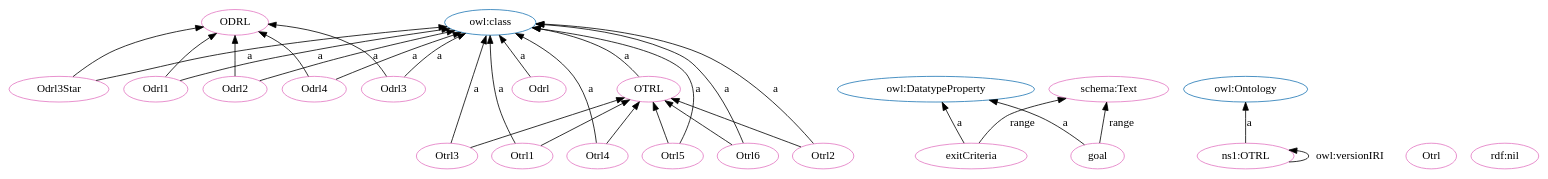
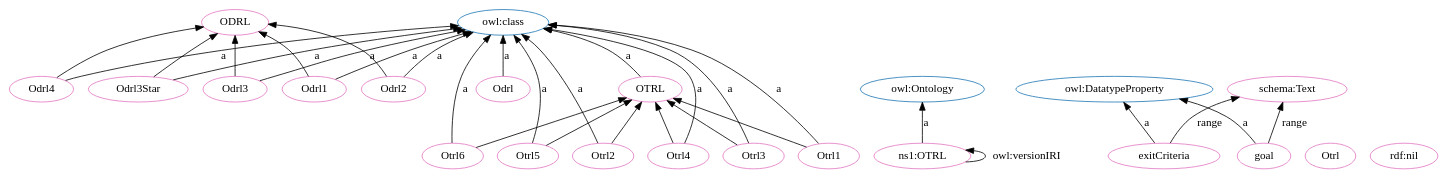
The diagram in OTRL.dot (OPEN-NEXT/OKH-LOSH), drawn with Graphviz before and after one commit. The commit also changed other lines of this file and 16 other files, not shown here.

```diff
--- a/OTRL.dot
+++ b/OTRL.dot
@@ -1,59 +1,59 @@
 digraph G {
   rankdir=BT
   node[height=.3]
+"http://purl.org/oseg/ontologies/OTRL#ODRL" [fillcolor="#1f77b4" color="#1f77b4" label="ODRL"]
 "http://purl.org/oseg/ontologies/OTRL#OTRL" [fillcolor="#1f77b4" color="#1f77b4" label="OTRL"]
-"http://purl.org/oseg/ontologies/OTRL#ODRL" [fillcolor="#1f77b4" color="#1f77b4" label="ODRL"]
-"http://www.w3.org/2002/07/owl#DatatypeProperty" [fillcolor="#1f77b4" color="#1f77b4" label="owl:DatatypeProperty"]
 "http://www.w3.org/2002/07/owl#class" [fillcolor="#1f77b4" color="#1f77b4" label="owl:class"]
 "http://www.w3.org/2002/07/owl#Ontology" [fillcolor="#1f77b4" color="#1f77b4" label="owl:Ontology"]
+"http://www.w3.org/2002/07/owl#DatatypeProperty" [fillcolor="#1f77b4" color="#1f77b4" label="owl:DatatypeProperty"]
+"http://purl.org/oseg/ontologies/OTRL#OTRL" [fillcolor="#e377c2" color="#e377c2" label="OTRL"]
 "http://purl.org/oseg/ontologies/OTRL#ODRL" [fillcolor="#e377c2" color="#e377c2" label="ODRL"]
 "http://purl.org/oseg/ontologies/OTRL#Odrl" [fillcolor="#e377c2" color="#e377c2" label="Odrl"]
-"http://purl.org/oseg/ontologies/OTRL#OTRL" [fillcolor="#e377c2" color="#e377c2" label="OTRL"]
-"http://purl.org/oseg/ontologies/OTRL#Otrl3" [fillcolor="#e377c2" color="#e377c2" label="Otrl3"]
-"http://purl.org/oseg/ontologies/OTRL#exitCriteria" [fillcolor="#e377c2" color="#e377c2" label="exitCriteria"]
 "http://purl.org/oseg/ontologies/OTRL#Otrl" [fillcolor="#e377c2" color="#e377c2" label="Otrl"]
 "http://purl.org/oseg/ontologies/OTRL" [fillcolor="#e377c2" color="#e377c2" label="ns1:OTRL"]
+"http://purl.org/oseg/ontologies/OTRL#Odrl4" [fillcolor="#e377c2" color="#e377c2" label="Odrl4"]
+"http://purl.org/oseg/ontologies/OTRL#Otrl6" [fillcolor="#e377c2" color="#e377c2" label="Otrl6"]
+"http://schema.org/Text" [fillcolor="#e377c2" color="#e377c2" label="schema:Text"]
+"http://purl.org/oseg/ontologies/OTRL#exitCriteria" [fillcolor="#e377c2" color="#e377c2" label="exitCriteria"]
+"http://purl.org/oseg/ontologies/OTRL#Otrl5" [fillcolor="#e377c2" color="#e377c2" label="Otrl5"]
+"http://purl.org/oseg/ontologies/OTRL#Odrl3Star" [fillcolor="#e377c2" color="#e377c2" label="Odrl3Star"]
+"http://purl.org/oseg/ontologies/OTRL#Otrl2" [fillcolor="#e377c2" color="#e377c2" label="Otrl2"]
+"http://www.w3.org/1999/02/22-rdf-syntax-ns#nil" [fillcolor="#e377c2" color="#e377c2" label="rdf:nil"]
+"http://purl.org/oseg/ontologies/OTRL#Otrl4" [fillcolor="#e377c2" color="#e377c2" label="Otrl4"]
+"http://purl.org/oseg/ontologies/OTRL#Odrl3" [fillcolor="#e377c2" color="#e377c2" label="Odrl3"]
+"http://purl.org/oseg/ontologies/OTRL#goal" [fillcolor="#e377c2" color="#e377c2" label="goal"]
 "http://purl.org/oseg/ontologies/OTRL#Odrl1" [fillcolor="#e377c2" color="#e377c2" label="Odrl1"]
-"http://schema.org/Text" [fillcolor="#e377c2" color="#e377c2" label="schema:Text"]
+"http://purl.org/oseg/ontologies/OTRL#Otrl3" [fillcolor="#e377c2" color="#e377c2" label="Otrl3"]
+"http://purl.org/oseg/ontologies/OTRL#Otrl1" [fillcolor="#e377c2" color="#e377c2" label="Otrl1"]
 "http://purl.org/oseg/ontologies/OTRL#Odrl2" [fillcolor="#e377c2" color="#e377c2" label="Odrl2"]
-"http://purl.org/oseg/ontologies/OTRL#Otrl1" [fillcolor="#e377c2" color="#e377c2" label="Otrl1"]
-"http://purl.org/oseg/ontologies/OTRL#Otrl6" [fillcolor="#e377c2" color="#e377c2" label="Otrl6"]
-"http://purl.org/oseg/ontologies/OTRL#Otrl5" [fillcolor="#e377c2" color="#e377c2" label="Otrl5"]
-"http://purl.org/oseg/ontologies/OTRL#Otrl2" [fillcolor="#e377c2" color="#e377c2" label="Otrl2"]
-"http://purl.org/oseg/ontologies/OTRL#goal" [fillcolor="#e377c2" color="#e377c2" label="goal"]
-"http://www.w3.org/1999/02/22-rdf-syntax-ns#nil" [fillcolor="#e377c2" color="#e377c2" label="rdf:nil"]
-"http://purl.org/oseg/ontologies/OTRL#Odrl4" [fillcolor="#e377c2" color="#e377c2" label="Odrl4"]
-"http://purl.org/oseg/ontologies/OTRL#Otrl4" [fillcolor="#e377c2" color="#e377c2" label="Otrl4"]
-"http://purl.org/oseg/ontologies/OTRL#Odrl3Star" [fillcolor="#e377c2" color="#e377c2" label="Odrl3Star"]
-"http://purl.org/oseg/ontologies/OTRL#Odrl3" [fillcolor="#e377c2" color="#e377c2" label="Odrl3"]
-  "http://purl.org/oseg/ontologies/OTRL#Otrl3" -> "http://www.w3.org/2002/07/owl#class" [label="a"]
+  "http://purl.org/oseg/ontologies/OTRL#Odrl3Star" -> "http://purl.org/oseg/ontologies/OTRL#ODRL" [label=""]
+  "http://purl.org/oseg/ontologies/OTRL#Odrl" -> "http://www.w3.org/2002/07/owl#class" [label="a"]
+  "http://purl.org/oseg/ontologies/OTRL" -> "http://www.w3.org/2002/07/owl#Ontology" [label="a"]
+  "http://purl.org/oseg/ontologies/OTRL#Otrl6" -> "http://www.w3.org/2002/07/owl#class" [label="a"]
   "http://purl.org/oseg/ontologies/OTRL#Otrl5" -> "http://purl.org/oseg/ontologies/OTRL#OTRL" [label=""]
+  "http://purl.org/oseg/ontologies/OTRL#goal" -> "http://www.w3.org/2002/07/owl#DatatypeProperty" [label="a"]
   "http://purl.org/oseg/ontologies/OTRL#goal" -> "http://schema.org/Text" [label="range"]
   "http://purl.org/oseg/ontologies/OTRL#Odrl2" -> "http://www.w3.org/2002/07/owl#class" [label="a"]
+  "http://purl.org/oseg/ontologies/OTRL#Otrl1" -> "http://purl.org/oseg/ontologies/OTRL#OTRL" [label=""]
+  "http://purl.org/oseg/ontologies/OTRL" -> "http://purl.org/oseg/ontologies/OTRL" [label="owl:versionIRI"]
+  "http://purl.org/oseg/ontologies/OTRL#Otrl2" -> "http://purl.org/oseg/ontologies/OTRL#OTRL" [label=""]
+  "http://purl.org/oseg/ontologies/OTRL#Otrl4" -> "http://purl.org/oseg/ontologies/OTRL#OTRL" [label=""]
+  "http://purl.org/oseg/ontologies/OTRL#Odrl4" -> "http://www.w3.org/2002/07/owl#class" [label="a"]
+  "http://purl.org/oseg/ontologies/OTRL#exitCriteria" -> "http://schema.org/Text" [label="range"]
+  "http://purl.org/oseg/ontologies/OTRL#exitCriteria" -> "http://www.w3.org/2002/07/owl#DatatypeProperty" [label="a"]
+  "http://purl.org/oseg/ontologies/OTRL#Otrl5" -> "http://www.w3.org/2002/07/owl#class" [label="a"]
+  "http://purl.org/oseg/ontologies/OTRL#Odrl3Star" -> "http://www.w3.org/2002/07/owl#class" [label="a"]
+  "http://purl.org/oseg/ontologies/OTRL#Odrl2" -> "http://purl.org/oseg/ontologies/OTRL#ODRL" [label=""]
+  "http://purl.org/oseg/ontologies/OTRL#Otrl2" -> "http://www.w3.org/2002/07/owl#class" [label="a"]
+  "http://purl.org/oseg/ontologies/OTRL#Otrl4" -> "http://www.w3.org/2002/07/owl#class" [label="a"]
+  "http://purl.org/oseg/ontologies/OTRL#Odrl3" -> "http://www.w3.org/2002/07/owl#class" [label="a"]
+  "http://purl.org/oseg/ontologies/OTRL#Odrl3" -> "http://purl.org/oseg/ontologies/OTRL#ODRL" [label=""]
+  "http://purl.org/oseg/ontologies/OTRL#Odrl1" -> "http://www.w3.org/2002/07/owl#class" [label="a"]
+  "http://purl.org/oseg/ontologies/OTRL#OTRL" -> "http://www.w3.org/2002/07/owl#class" [label="a"]
+  "http://purl.org/oseg/ontologies/OTRL#Otrl3" -> "http://www.w3.org/2002/07/owl#class" [label="a"]
+  "http://purl.org/oseg/ontologies/OTRL#Otrl3" -> "http://purl.org/oseg/ontologies/OTRL#OTRL" [label=""]
+  "http://purl.org/oseg/ontologies/OTRL#Otrl6" -> "http://purl.org/oseg/ontologies/OTRL#OTRL" [label=""]
+  "http://purl.org/oseg/ontologies/OTRL#Odrl1" -> "http://purl.org/oseg/ontologies/OTRL#ODRL" [label=""]
   "http://purl.org/oseg/ontologies/OTRL#Otrl1" -> "http://www.w3.org/2002/07/owl#class" [label="a"]
-  "http://purl.org/oseg/ontologies/OTRL#Odrl" -> "http://www.w3.org/2002/07/owl#class" [label="a"]
-  "http://purl.org/oseg/ontologies/OTRL#Otrl4" -> "http://purl.org/oseg/ontologies/OTRL#OTRL" [label=""]
-  "http://purl.org/oseg/ontologies/OTRL#Otrl6" -> "http://purl.org/oseg/ontologies/OTRL#OTRL" [label=""]
-  "http://purl.org/oseg/ontologies/OTRL#Otrl2" -> "http://purl.org/oseg/ontologies/OTRL#OTRL" [label=""]
-  "http://purl.org/oseg/ontologies/OTRL#Odrl3" -> "http://www.w3.org/2002/07/owl#class" [label="a"]
   "http://purl.org/oseg/ontologies/OTRL#Odrl4" -> "http://purl.org/oseg/ontologies/OTRL#ODRL" [label=""]
-  "http://purl.org/oseg/ontologies/OTRL#OTRL" -> "http://www.w3.org/2002/07/owl#class" [label="a"]
-  "http://purl.org/oseg/ontologies/OTRL#Odrl3" -> "http://purl.org/oseg/ontologies/OTRL#ODRL" [label=""]
-  "http://purl.org/oseg/ontologies/OTRL#exitCriteria" -> "http://www.w3.org/2002/07/owl#DatatypeProperty" [label="a"]
-  "http://purl.org/oseg/ontologies/OTRL" -> "http://www.w3.org/2002/07/owl#Ontology" [label="a"]
-  "http://purl.org/oseg/ontologies/OTRL#Odrl1" -> "http://www.w3.org/2002/07/owl#class" [label="a"]
-  "http://purl.org/oseg/ontologies/OTRL#Otrl6" -> "http://www.w3.org/2002/07/owl#class" [label="a"]
-  "http://purl.org/oseg/ontologies/OTRL#Otrl5" -> "http://www.w3.org/2002/07/owl#class" [label="a"]
-  "http://purl.org/oseg/ontologies/OTRL#Otrl2" -> "http://www.w3.org/2002/07/owl#class" [label="a"]
-  "http://purl.org/oseg/ontologies/OTRL#goal" -> "http://www.w3.org/2002/07/owl#DatatypeProperty" [label="a"]
-  "http://purl.org/oseg/ontologies/OTRL#Otrl3" -> "http://purl.org/oseg/ontologies/OTRL#OTRL" [label=""]
-  "http://purl.org/oseg/ontologies/OTRL" -> "http://purl.org/oseg/ontologies/OTRL" [label="owl:versionIRI"]
-  "http://purl.org/oseg/ontologies/OTRL#Odrl4" -> "http://www.w3.org/2002/07/owl#class" [label="a"]
-  "http://purl.org/oseg/ontologies/OTRL#Otrl1" -> "http://purl.org/oseg/ontologies/OTRL#OTRL" [label=""]
-  "http://purl.org/oseg/ontologies/OTRL#Odrl1" -> "http://purl.org/oseg/ontologies/OTRL#ODRL" [label=""]
-  "http://purl.org/oseg/ontologies/OTRL#Odrl2" -> "http://purl.org/oseg/ontologies/OTRL#ODRL" [label=""]
-  "http://purl.org/oseg/ontologies/OTRL#Odrl3Star" -> "http://purl.org/oseg/ontologies/OTRL#ODRL" [label=""]
-  "http://purl.org/oseg/ontologies/OTRL#Otrl4" -> "http://www.w3.org/2002/07/owl#class" [label="a"]
-  "http://purl.org/oseg/ontologies/OTRL#Odrl3Star" -> "http://www.w3.org/2002/07/owl#class" [label="a"]
-  "http://purl.org/oseg/ontologies/OTRL#exitCriteria" -> "http://schema.org/Text" [label="range"]
 }
```
